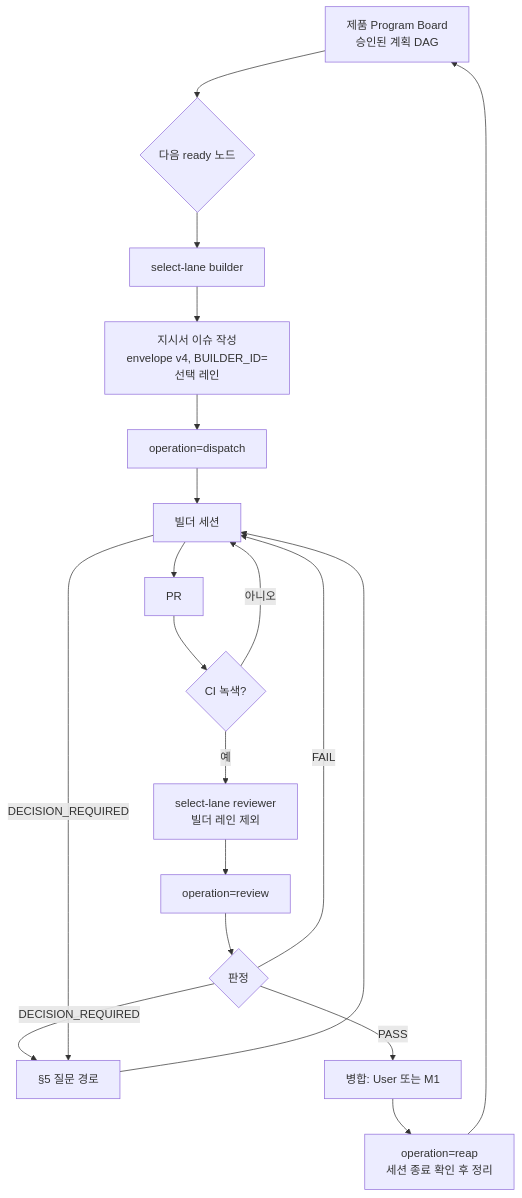
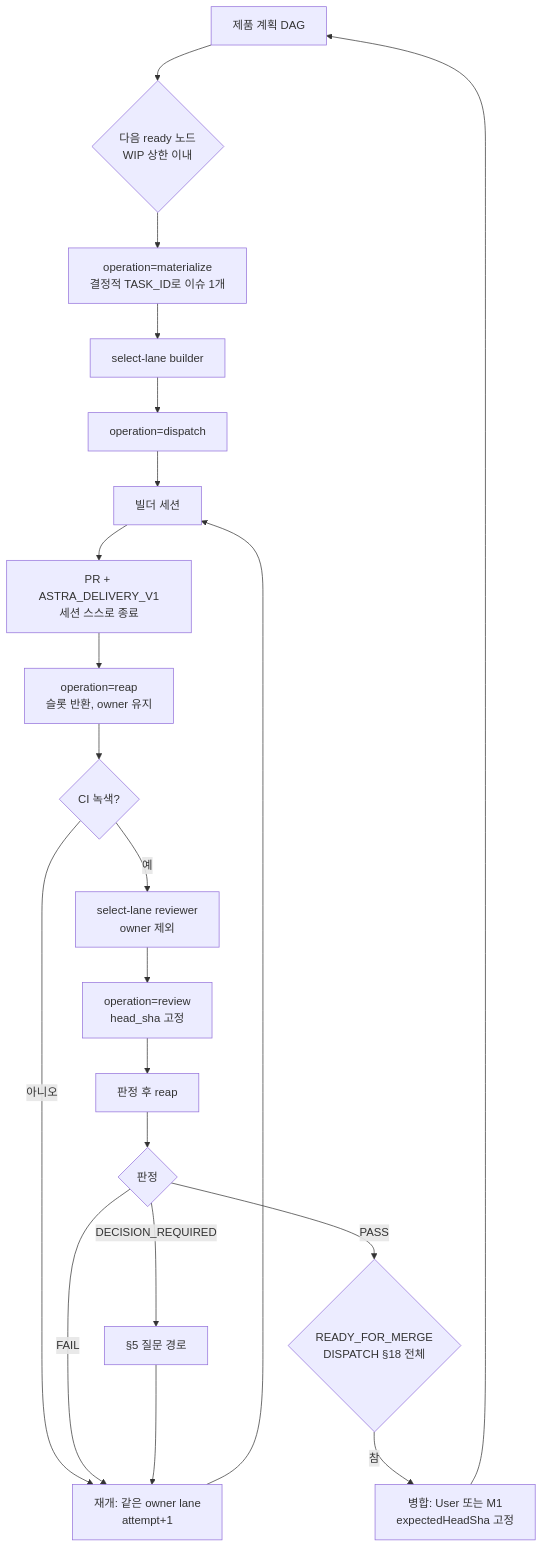
One commit to SUNBURN-Golden/ai-ops-control-plane changed the diagram in engineering/docs/PROGRAM_MODE.md. Above: the diagram before and after it, drawn with Mermaid. The commit also changed other lines of this file, not shown here.

````diff
--- a/engineering/docs/PROGRAM_MODE.md
+++ b/engineering/docs/PROGRAM_MODE.md
@@ -54,20 +68,22 @@
 ```mermaid
 flowchart TD
-  P[제품 Program Board<br/>승인된 계획 DAG] --> N{다음 ready 노드}
-  N --> L[select-lane builder]
-  L --> T[지시서 이슈 작성<br/>envelope v4, BUILDER_ID=선택 레인]
-  T --> D[operation=dispatch]
-  D --> B[빌더 세션] --> PR[PR]
-  PR --> CI{CI 녹색?}
-  CI -- 아니오 --> B
-  CI -- 예 --> R[select-lane reviewer<br/>빌더 레인 제외]
-  R --> RV[operation=review]
-  RV --> V{판정}
-  V -- FAIL --> B
+  P[제품 계획 DAG] --> N{다음 ready 노드<br/>WIP 상한 이내}
+  N --> MZ[operation=materialize<br/>결정적 TASK_ID로 이슈 1개]
+  MZ --> L[select-lane builder]
+  L --> D[operation=dispatch]
+  D --> B[빌더 세션] --> DL[PR + ASTRA_DELIVERY_V1<br/>세션 스스로 종료]
+  DL --> X1[operation=reap<br/>슬롯 반환, owner 유지]
+  X1 --> CI{CI 녹색?}
+  CI -- 아니오 --> RS[재개: 같은 owner lane<br/>attempt+1]
+  RS --> B
+  CI -- 예 --> R[select-lane reviewer<br/>owner 제외]
+  R --> RV[operation=review<br/>head_sha 고정]
+  RV --> X2[판정 후 reap]
+  X2 --> V{판정}
+  V -- FAIL --> RS
   V -- DECISION_REQUIRED --> Q[§5 질문 경로]
-  V -- PASS --> M[병합: User 또는 M1]
-  M --> X[operation=reap<br/>세션 종료 확인 후 정리]
-  X --> P
-  B -- DECISION_REQUIRED --> Q
-  Q --> B
+  Q --> RS
+  V -- PASS --> RM{READY_FOR_MERGE<br/>DISPATCH §18 전체}
+  RM -- 참 --> M[병합: User 또는 M1<br/>expectedHeadSha 고정]
+  M --> P
 ```
````
